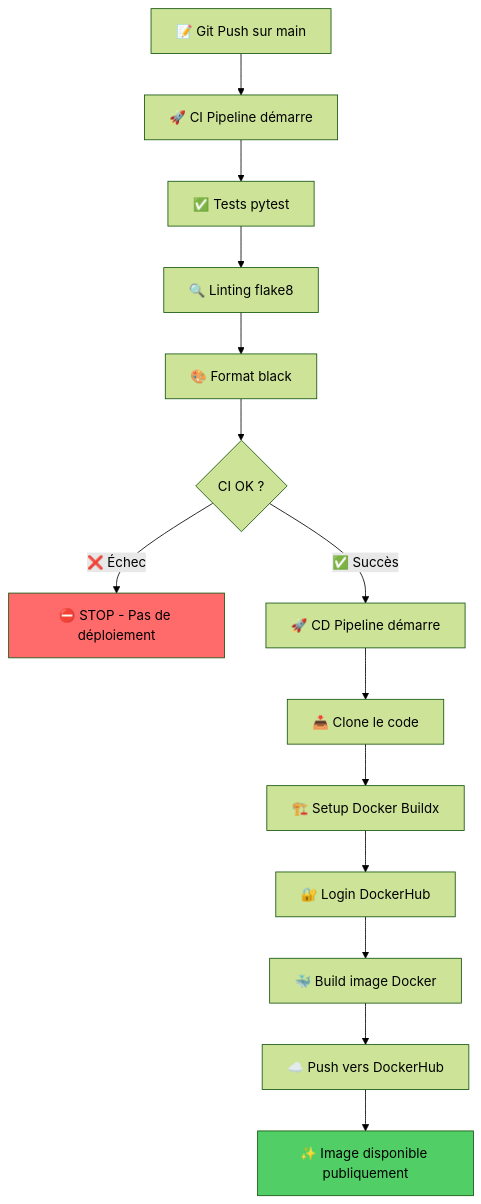
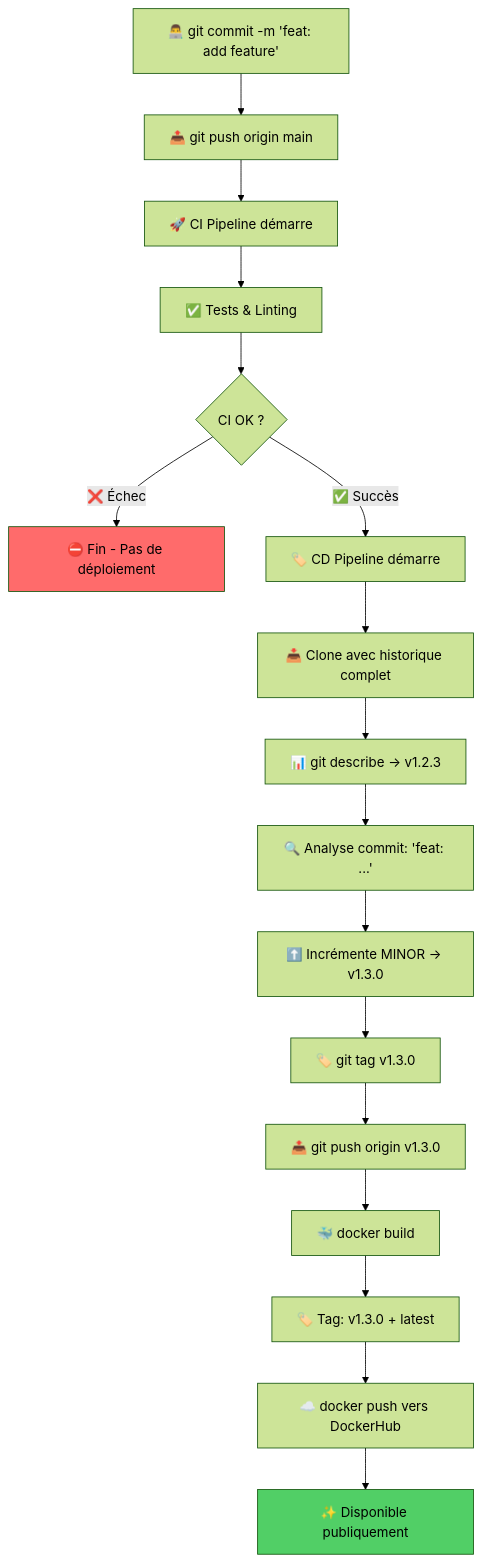
The second of 2 diagrams in explications_pipeline_ci-cd.md (Bamolitho/InsideCI-CD), drawn with Mermaid (forest theme) before and after one commit. The commit also changed other lines of this file and 1 other file, not shown here.

````diff
--- a/explications_pipeline_ci-cd.md
+++ b/explications_pipeline_ci-cd.md
@@ -506,19 +1210,22 @@
 ```mermaid
 graph TB
-    A[📝 Git Push sur main] --> B[🚀 CI Pipeline démarre]
-    B --> C[✅ Tests pytest]
-    C --> D[🔍 Linting flake8]
-    D --> E[🎨 Format black]
-    E --> F{CI OK ?}
-    F -->|❌ Échec| G[⛔ STOP - Pas de déploiement]
-    F -->|✅ Succès| H[🚀 CD Pipeline démarre]
-    H --> I[📥 Clone le code]
-    I --> J[🏗️ Setup Docker Buildx]
-    J --> K[🔐 Login DockerHub]
-    K --> L[🐳 Build image Docker]
-    L --> M[☁️ Push vers DockerHub]
-    M --> N[✨ Image disponible publiquement]
+    A[👨‍💻 git commit -m 'feat: add feature'] --> B[📤 git push origin main]
+    B --> C[🚀 CI Pipeline démarre]
+    C --> D[✅ Tests & Linting]
+    D --> E{CI OK ?}
+    E -->|❌ Échec| F[⛔ Fin - Pas de déploiement]
+    E -->|✅ Succès| G[🏷️ CD Pipeline démarre]
+    G --> H[📥 Clone avec historique complet]
+    H --> I[📊 git describe → v1.2.3]
+    I --> J[🔍 Analyse commit: 'feat: ...']
+    J --> K[⬆️ Incrémente MINOR → v1.3.0]
+    K --> L[🏷️ git tag v1.3.0]
+    L --> M[📤 git push origin v1.3.0]
+    M --> N[🐳 docker build]
+    N --> O[🏷️ Tag: v1.3.0 + latest]
+    O --> P[☁️ docker push vers DockerHub]
+    P --> Q[✨ Disponible publiquement]
     
-    style G fill:#ff6b6b
-    style N fill:#51cf66
+    style F fill:#ff6b6b
+    style Q fill:#51cf66
 ```
````
